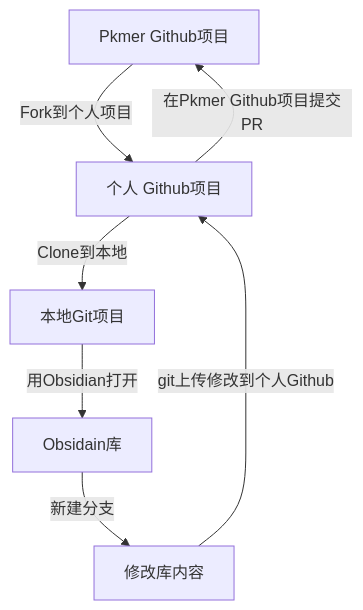
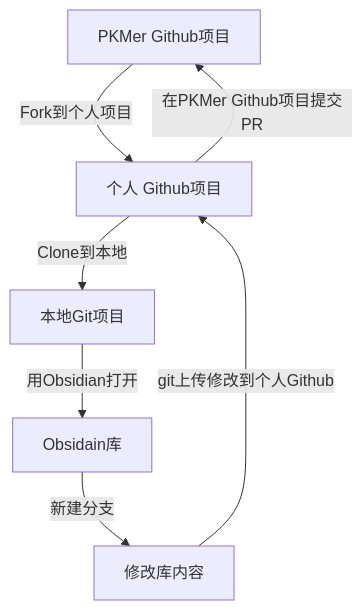
Before and after one commit to PKM-er/Pkmer-Docs: the diagram in 00-关于/协作者指南/文档协作流程.md, drawn with Mermaid. The commit also changed other lines of this file and 16 other files, not shown here.

````diff
--- a/00-关于/协作者指南/文档协作流程.md
+++ b/00-关于/协作者指南/文档协作流程.md
@@ -64,4 +64,4 @@
 ```mermaid
 flowchart TB
-A[Pkmer Github项目] -->|Fork到个人项目|B[个人 Github项目] --> |Clone到本地|C[本地Git项目] --> |用Obsidian打开|D[Obsidain库] --> |新建分支|E[修改库内容] --> |git上传修改到个人Github|B --> |在Pkmer Github项目提交PR|A
+A[PKMer Github项目] -->|Fork到个人项目|B[个人 Github项目] --> |Clone到本地|C[本地Git项目] --> |用Obsidian打开|D[Obsidain库] --> |新建分支|E[修改库内容] --> |git上传修改到个人Github|B --> |在PKMer Github项目提交PR|A
 ```
````
